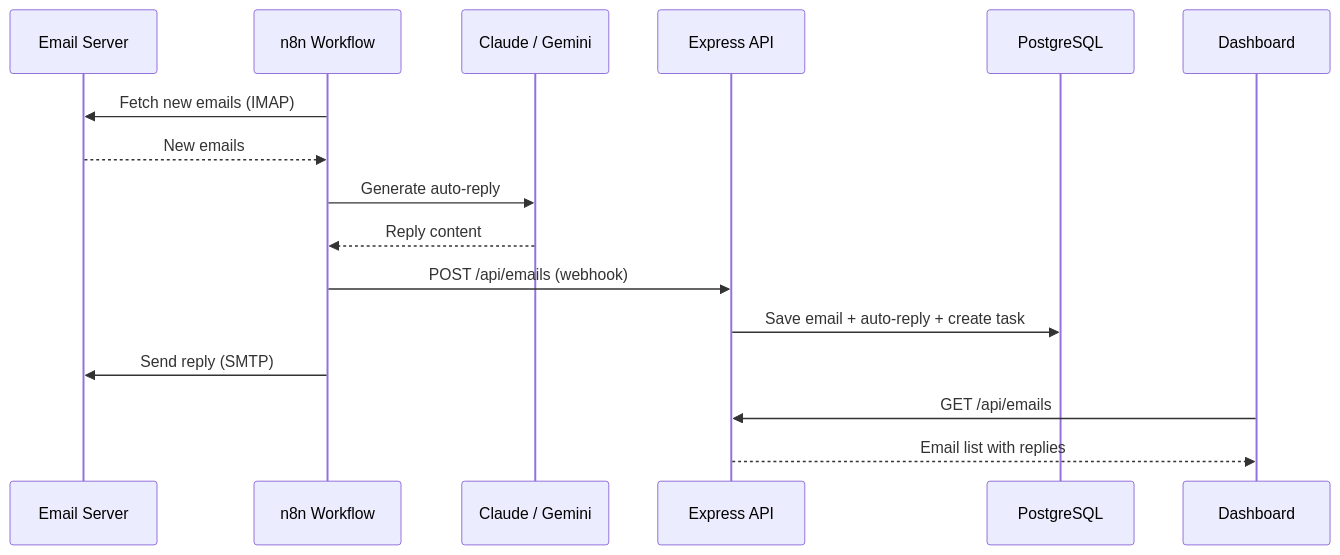
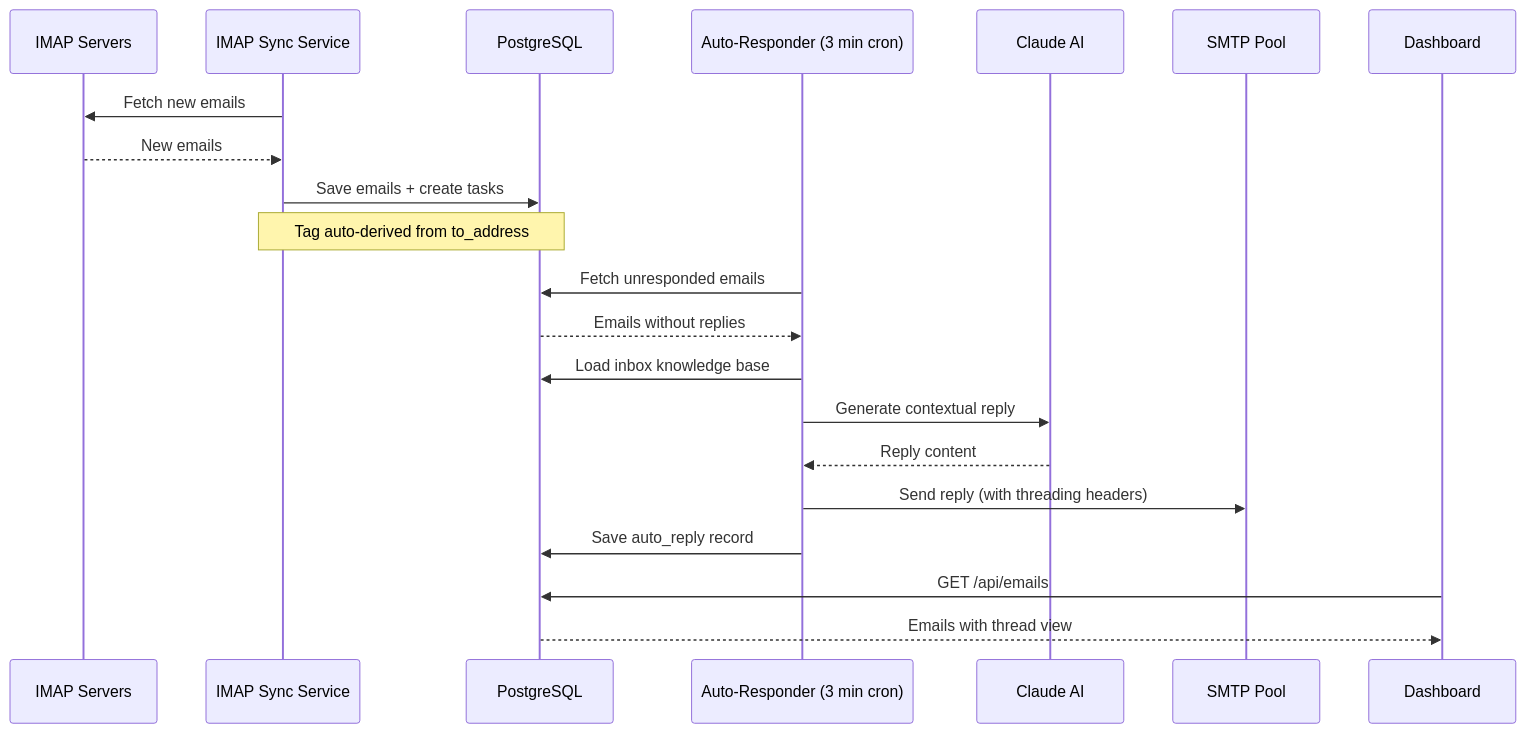
Before and after one commit to InstinctBits/convergioai-docs: the diagram in docs/using/email-automation/overview.md, drawn with Mermaid. The commit also changed other lines of this file and 25 other files, not shown here.

````diff
--- a/docs/using/email-automation/overview.md
+++ b/docs/using/email-automation/overview.md
@@ -12,19 +12,26 @@
 ```mermaid
 sequenceDiagram
-    participant IMAP as Email Server
-    participant n8n as n8n Workflow
-    participant AI as Claude / Gemini
-    participant API as Express API
+    participant IMAP as IMAP Servers
+    participant Sync as IMAP Sync Service
     participant DB as PostgreSQL
+    participant Cron as Auto-Responder (3 min cron)
+    participant AI as Claude AI
+    participant SMTP as SMTP Pool
     participant UI as Dashboard
 
-    n8n->>IMAP: Fetch new emails (IMAP)
-    IMAP-->>n8n: New emails
-    n8n->>AI: Generate auto-reply
-    AI-->>n8n: Reply content
-    n8n->>API: POST /api/emails (webhook)
-    API->>DB: Save email + auto-reply + create task
-    n8n->>IMAP: Send reply (SMTP)
-    UI->>API: GET /api/emails
-    API-->>UI: Email list with replies
+    Sync->>IMAP: Fetch new emails
+    IMAP-->>Sync: New emails
+    Sync->>DB: Save emails + create tasks
+    Note over Sync,DB: Tag auto-derived from to_address
+
+    Cron->>DB: Fetch unresponded emails
+    DB-->>Cron: Emails without replies
+    Cron->>DB: Load inbox knowledge base
+    Cron->>AI: Generate contextual reply
+    AI-->>Cron: Reply content
+    Cron->>SMTP: Send reply (with threading headers)
+    Cron->>DB: Save auto_reply record
+
+    UI->>DB: GET /api/emails
+    DB-->>UI: Emails with thread view
 ```
````
